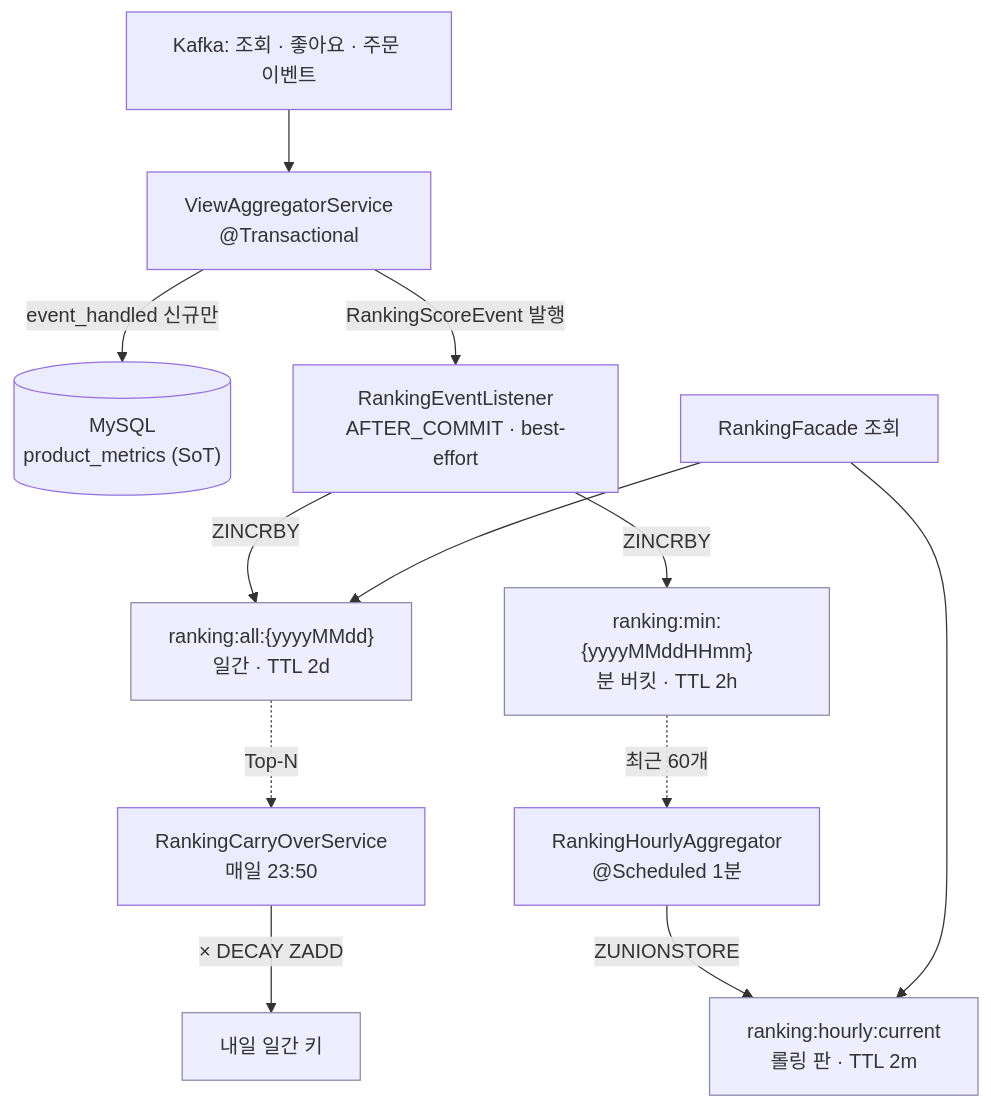
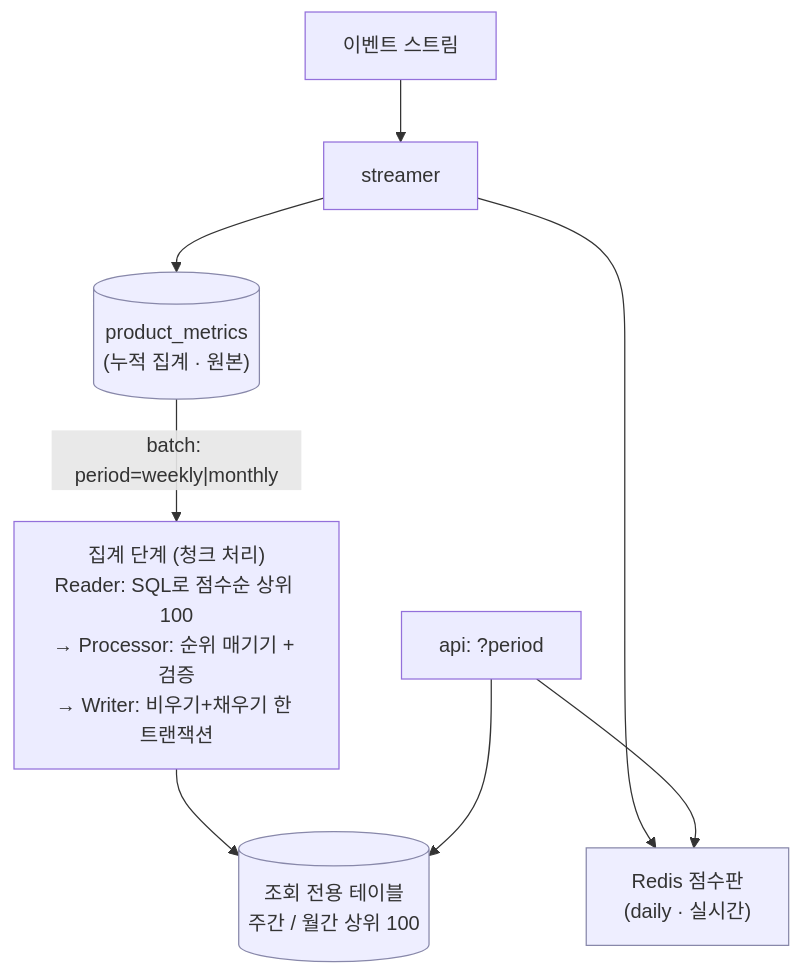
One commit to byuns/loop-pack-be-l2-vol4-java changed the diagram in .docs/Note/TechNote.md. Above: the diagram before and after it, drawn with Mermaid. The commit also changed other lines of this file and 9 other files, not shown here.

````diff
--- a/.docs/Note/TechNote.md
+++ b/.docs/Note/TechNote.md
@@ -43,21 +21,15 @@
 ```mermaid
 flowchart TD
-    K["Kafka: 조회 · 좋아요 · 주문 이벤트"] --> V["ViewAggregatorService<br/>@Transactional"]
-    V -->|"event_handled 신규만"| M[("MySQL<br/>product_metrics (SoT)")]
-    V -->|"RankingScoreEvent 발행"| L["RankingEventListener<br/>AFTER_COMMIT · best-effort"]
+    E["이벤트 스트림"] --> ST["streamer"]
+    ST --> PM[("product_metrics<br/>(누적 집계 · 원본)")]
+    ST --> Z["Redis 점수판<br/>(daily · 실시간)"]
 
-    L -->|ZINCRBY| D["ranking:all:{yyyyMMdd}<br/>일간 · TTL 2d"]
-    L -->|ZINCRBY| B["ranking:min:{yyyyMMddHHmm}<br/>분 버킷 · TTL 2h"]
+    PM -->|"batch: period=weekly|monthly"| AG["집계 단계 (청크 처리)<br/>Reader: SQL로 점수순 상위 100<br/>→ Processor: 순위 매기기 + 검증<br/>→ Writer: 비우기+채우기 한 트랜잭션"]
+    AG --> MV[("조회 전용 테이블<br/>주간 / 월간 상위 100")]
 
-    B -. 최근 60개 .-> S1["RankingHourlyAggregator<br/>@Scheduled 1분"]
-    S1 -->|ZUNIONSTORE| H["ranking:hourly:current<br/>롤링 판 · TTL 2m"]
-
-    D -. Top-N .-> S2["RankingCarryOverService<br/>매일 23:50"]
-    S2 -->|"× DECAY ZADD"| DT["내일 일간 키"]
-
-    Q["RankingFacade 조회"] --> D
-    Q --> H
+    Q["api: ?period"] --> Z
+    Q --> MV
 
     classDef store fill:#eef,stroke:#88a;
-    class D,B,H,DT store;
+    class PM,Z,MV store;
 ```
````
